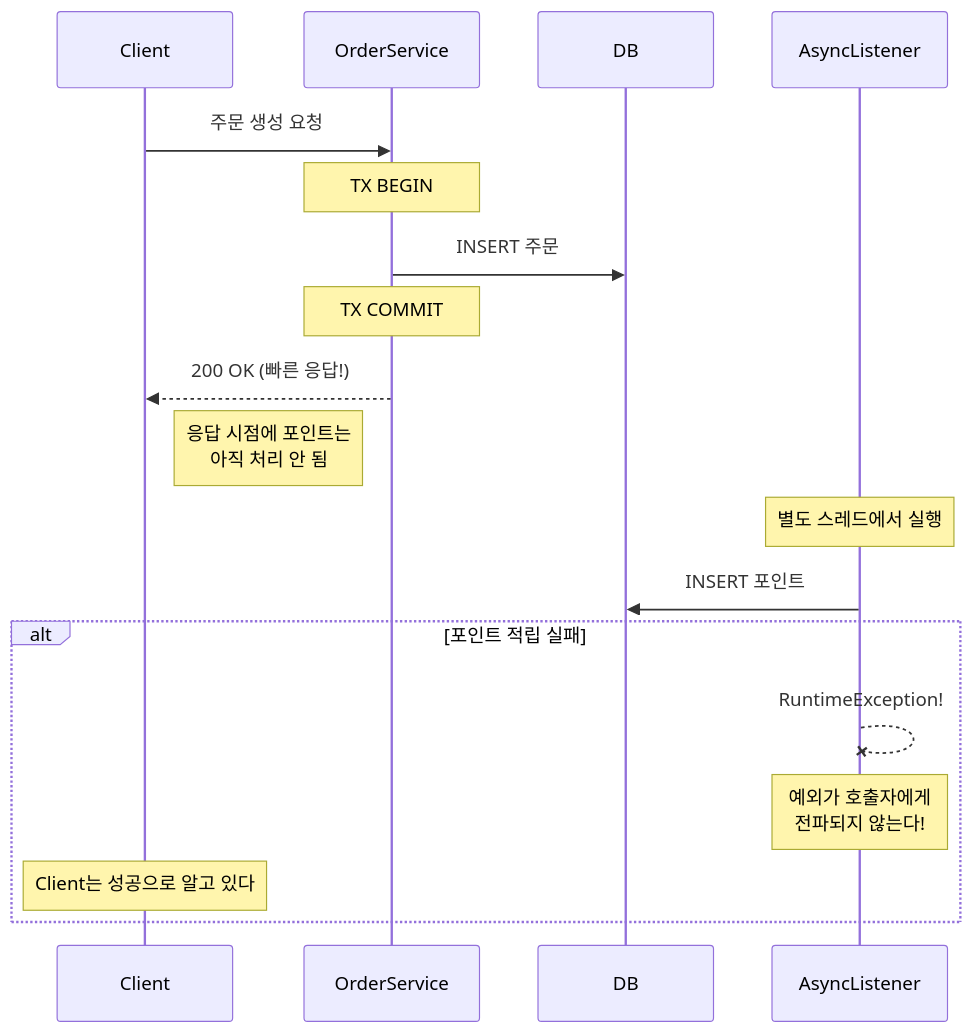
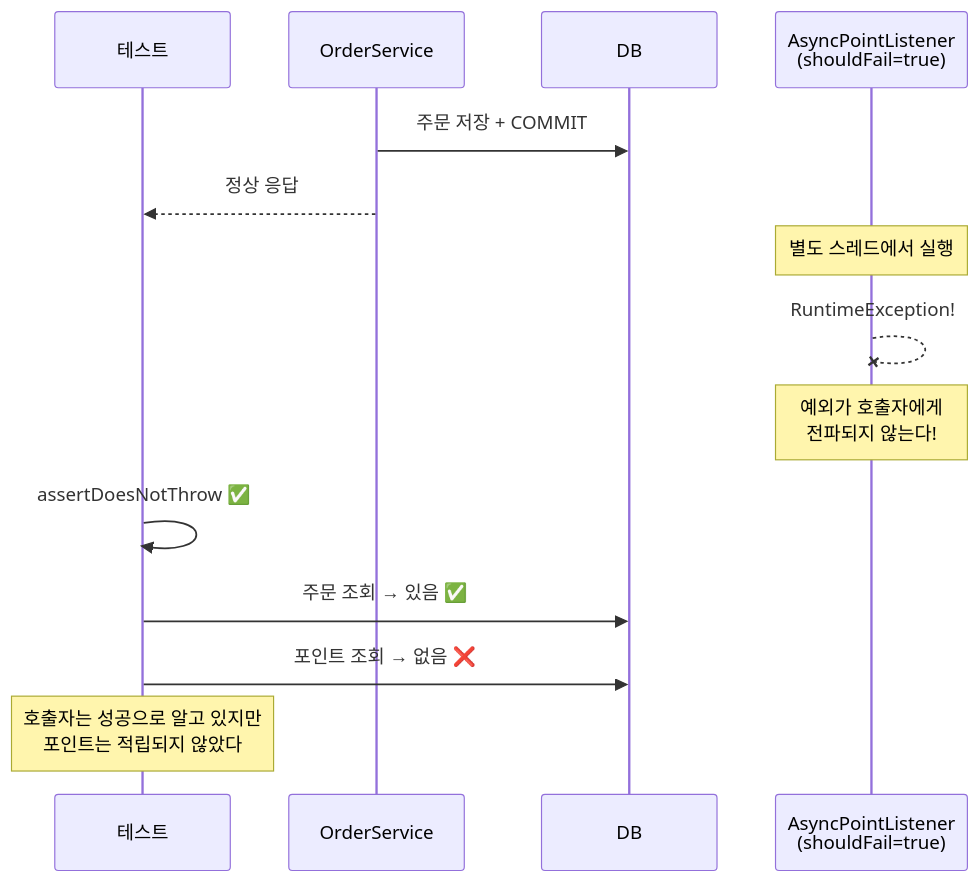
Before and after one commit to katiekim17/messaging-lab: the sixth of 8 diagrams in src/test/java/com/example/messaging/step2_transactional_event/README.md, drawn with Mermaid. The commit also changed other lines of this file and 6 other files, not shown here.

````diff
--- a/src/test/java/com/example/messaging/step2_transactional_event/README.md
+++ b/src/test/java/com/example/messaging/step2_transactional_event/README.md
@@ -62,24 +145,20 @@
 ```mermaid
 sequenceDiagram
-    participant Client
-    participant OrderService
-    participant DB
-    participant AsyncListener
+    participant Test as 테스트
+    participant OS as OrderService
+    participant DB as DB
+    participant AL as AsyncPointListener<br/>(shouldFail=true)
 
-    Client->>OrderService: 주문 생성 요청
-    Note over OrderService: TX BEGIN
-    OrderService->>DB: INSERT 주문
-    Note over OrderService: TX COMMIT
+    OS->>DB: 주문 저장 + COMMIT
+    OS-->>Test: 정상 응답
 
-    OrderService-->>Client: 200 OK (빠른 응답!)
-    Note right of Client: 응답 시점에 포인트는<br/>아직 처리 안 됨
+    Note over AL: 별도 스레드에서 실행
+    AL--xAL: RuntimeException!
+    Note over AL: 예외가 호출자에게<br/>전파되지 않는다!
 
-    Note over AsyncListener: 별도 스레드에서 실행
-    AsyncListener->>DB: INSERT 포인트
+    Test->>Test: assertDoesNotThrow ✅
+    Test->>DB: 주문 조회 → 있음 ✅
+    Test->>DB: 포인트 조회 → 없음 ❌
 
-    alt 포인트 적립 실패
-        AsyncListener--xAsyncListener: RuntimeException!
-        Note over AsyncListener: 예외가 호출자에게<br/>전파되지 않는다!
-        Note over Client: Client는 성공으로 알고 있다
-    end
+    Note over Test: 호출자는 성공으로 알고 있지만<br/>포인트는 적립되지 않았다
 ```
````
